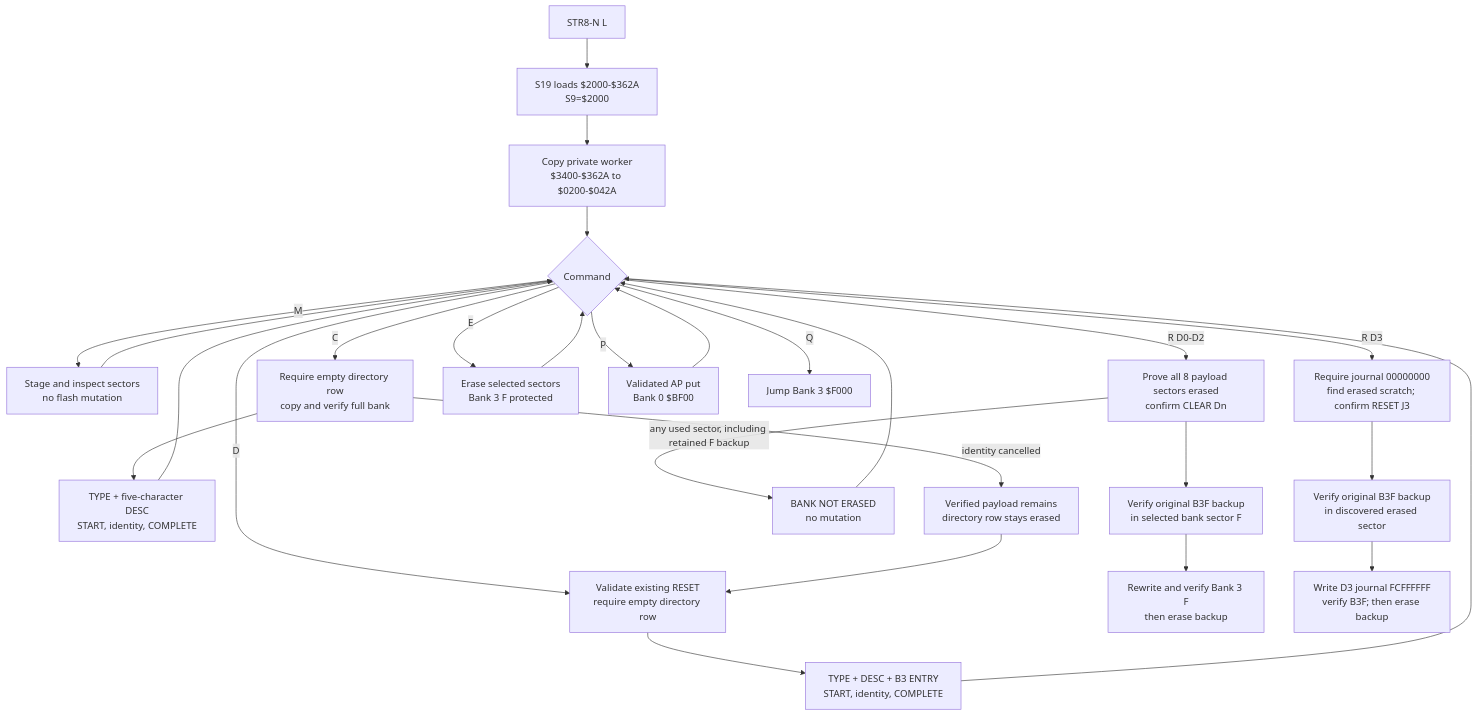
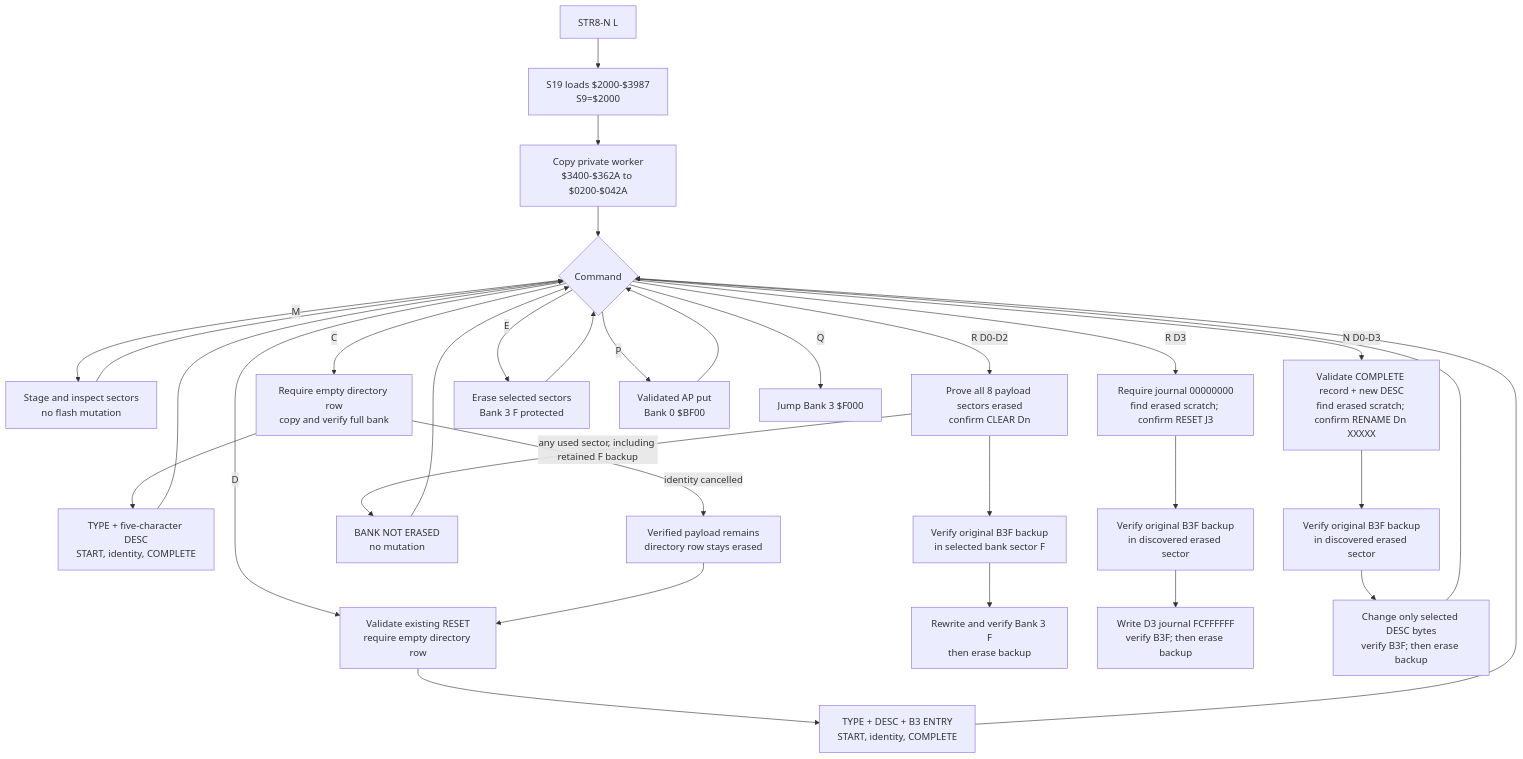
The tenth of 12 diagrams in docs/MAPS.md (95westus/STR8-N), drawn with Mermaid before and after one commit. The commit also changed 11 other files, not shown here.

````diff
--- a/docs/MAPS.md
+++ b/docs/MAPS.md
@@ -307,29 +307,33 @@
 ```mermaid
 flowchart TD
-    L[STR8-N L] --> S[S19 loads $2000-$362A<br/>S9=$2000]
+    L[STR8-N L] --> S[S19 loads $2000-$3987<br/>S9=$2000]
     S --> B[Copy private worker<br/>$3400-$362A to $0200-$042A]
     B --> M{Command}
     M -->|M| MAP[Stage and inspect sectors<br/>no flash mutation]
     M -->|C| COPY[Require empty directory row<br/>copy and verify full bank]
     COPY --> ID[TYPE + five-character DESC<br/>START, identity, COMPLETE]
     COPY -->|identity cancelled| PAYLOAD[Verified payload remains<br/>directory row stays erased]
     M -->|D| ADOPT[Validate existing RESET<br/>require empty directory row]
     PAYLOAD --> ADOPT
     ADOPT --> ID2[TYPE + DESC + B3 ENTRY<br/>START, identity, COMPLETE]
     M -->|R D0-D2| RECLAIM[Prove all 8 payload sectors erased<br/>confirm CLEAR Dn]
     RECLAIM -->|any used sector, including retained F backup| REFUSE[BANK NOT ERASED<br/>no mutation]
     M -->|R D3| COMPACT[Require journal 00000000<br/>find erased scratch; confirm RESET J3]
+    M -->|N D0-D3| RENAME[Validate COMPLETE record + new DESC<br/>find erased scratch; confirm RENAME Dn XXXXX]
     RECLAIM --> BACKUP[Verify original B3F backup<br/>in selected bank sector F]
     COMPACT --> BACKUP2[Verify original B3F backup<br/>in discovered erased sector]
+    RENAME --> BACKUP3[Verify original B3F backup<br/>in discovered erased sector]
     BACKUP --> TOP[Rewrite and verify Bank 3 F<br/>then erase backup]
     BACKUP2 --> TOP2[Write D3 journal FCFFFFFF<br/>verify B3F; then erase backup]
+    BACKUP3 --> TOP3[Change only selected DESC bytes<br/>verify B3F; then erase backup]
     M -->|E| ERASE[Erase selected sectors<br/>Bank 3 F protected]
     M -->|P| AP[Validated AP put<br/>Bank 0 $BF00]
     M -->|Q| Q[Jump Bank 3 $F000]
     MAP --> M
     ID --> M
     ID2 --> M
     REFUSE --> M
+    TOP3 --> M
     ERASE --> M
     AP --> M
 ```
````
